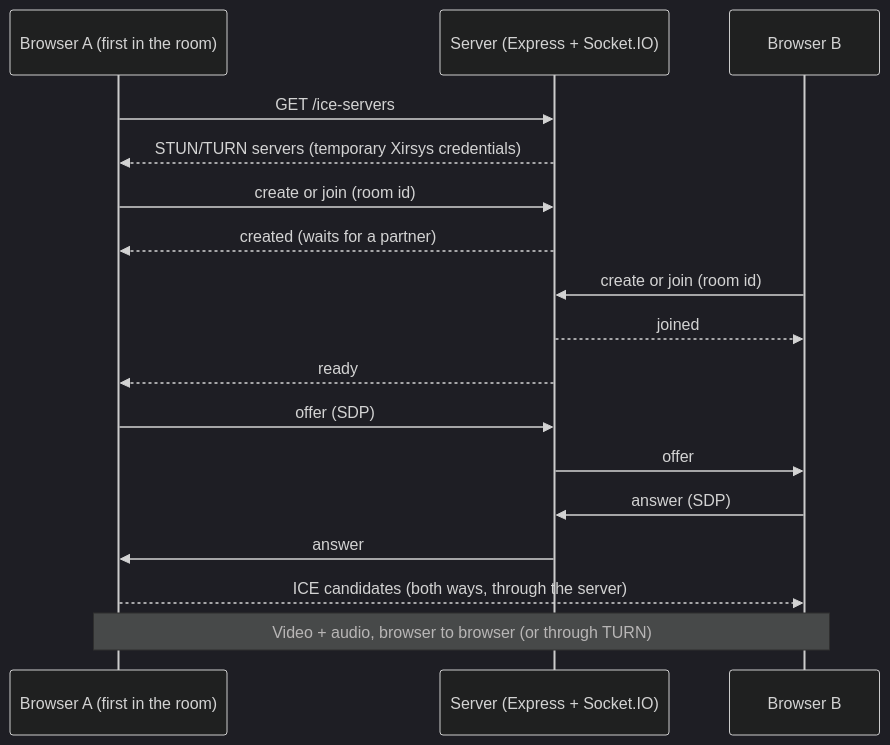
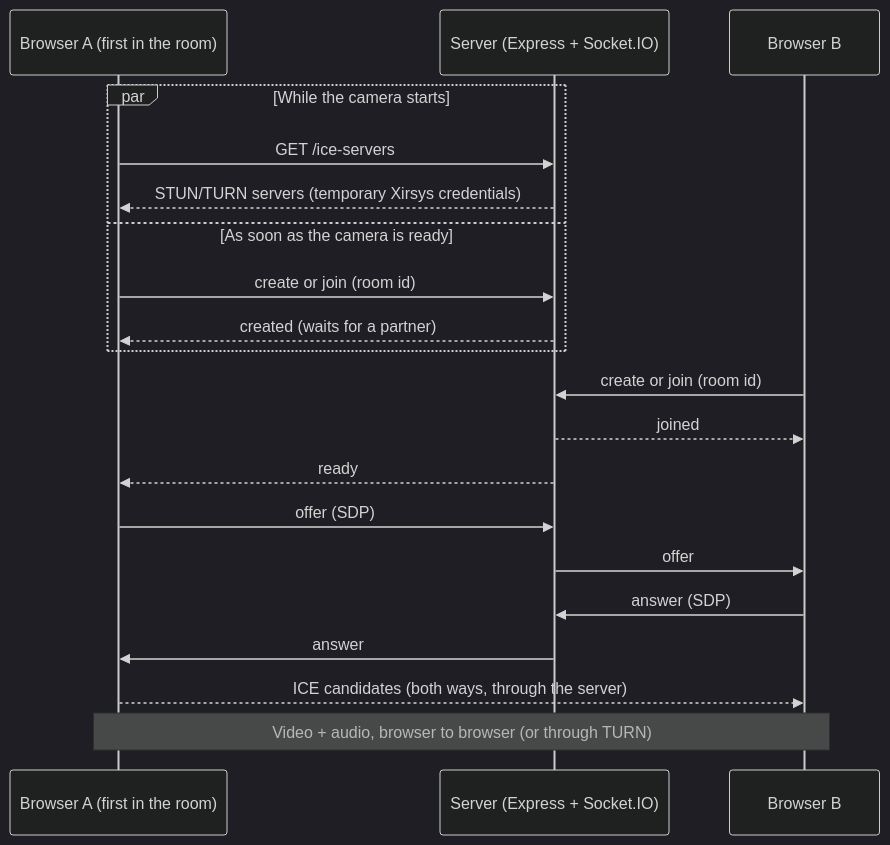
One commit to Josafath/simple-video-chat changed the diagram in README.md. Above: the diagram before and after it, drawn with Mermaid (dark theme). The commit also changed other lines of this file and 2 other files, not shown here.

First line of the commit message:
Join the room without waiting for the ICE servers

````diff
--- a/README.md
+++ b/README.md
@@ -27,19 +27,22 @@
 ```mermaid
 sequenceDiagram
     participant A as Browser A (first in the room)
     participant S as Server (Express + Socket.IO)
     participant B as Browser B
-    A->>S: GET /ice-servers
-    S-->>A: STUN/TURN servers (temporary Xirsys credentials)
-    A->>S: create or join (room id)
-    S-->>A: created (waits for a partner)
+    par While the camera starts
+        A->>S: GET /ice-servers
+        S-->>A: STUN/TURN servers (temporary Xirsys credentials)
+    and As soon as the camera is ready
+        A->>S: create or join (room id)
+        S-->>A: created (waits for a partner)
+    end
     B->>S: create or join (room id)
     S-->>B: joined
     S-->>A: ready
     A->>S: offer (SDP)
     S->>B: offer
     B->>S: answer (SDP)
     S->>A: answer
     A-->>B: ICE candidates (both ways, through the server)
     Note over A,B: Video + audio, browser to browser (or through TURN)
 ```
````
